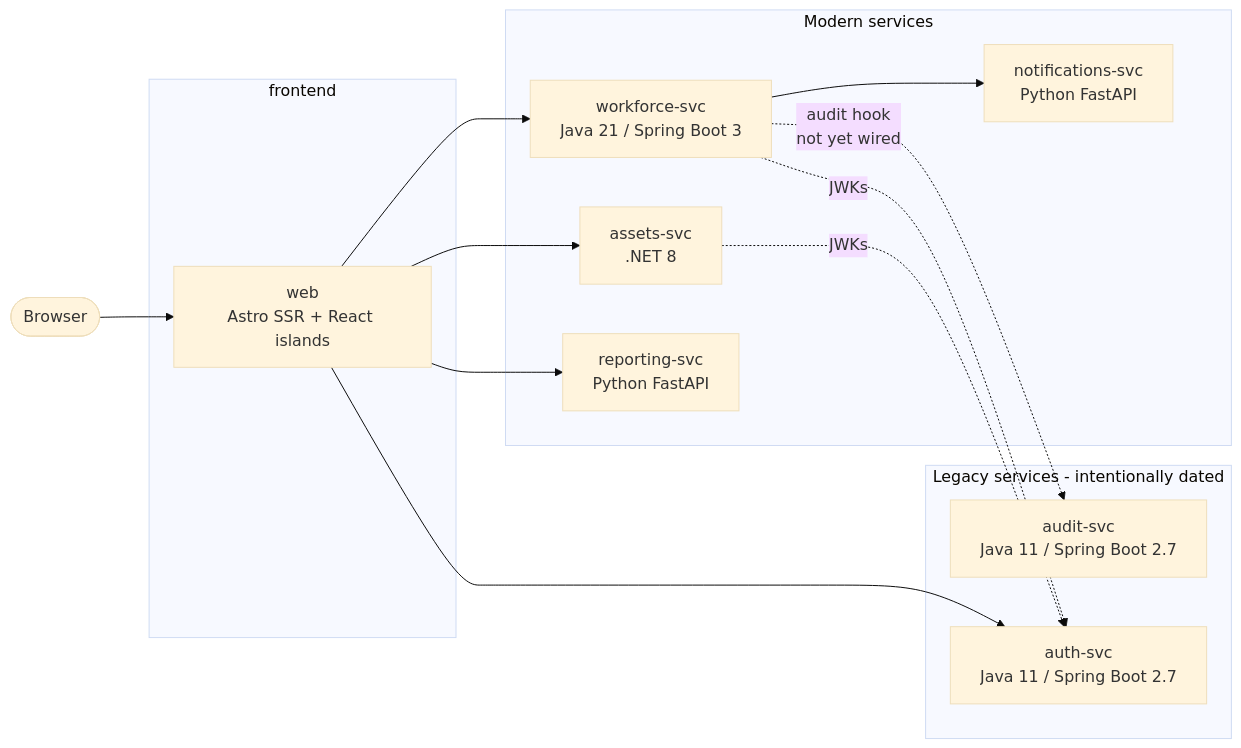
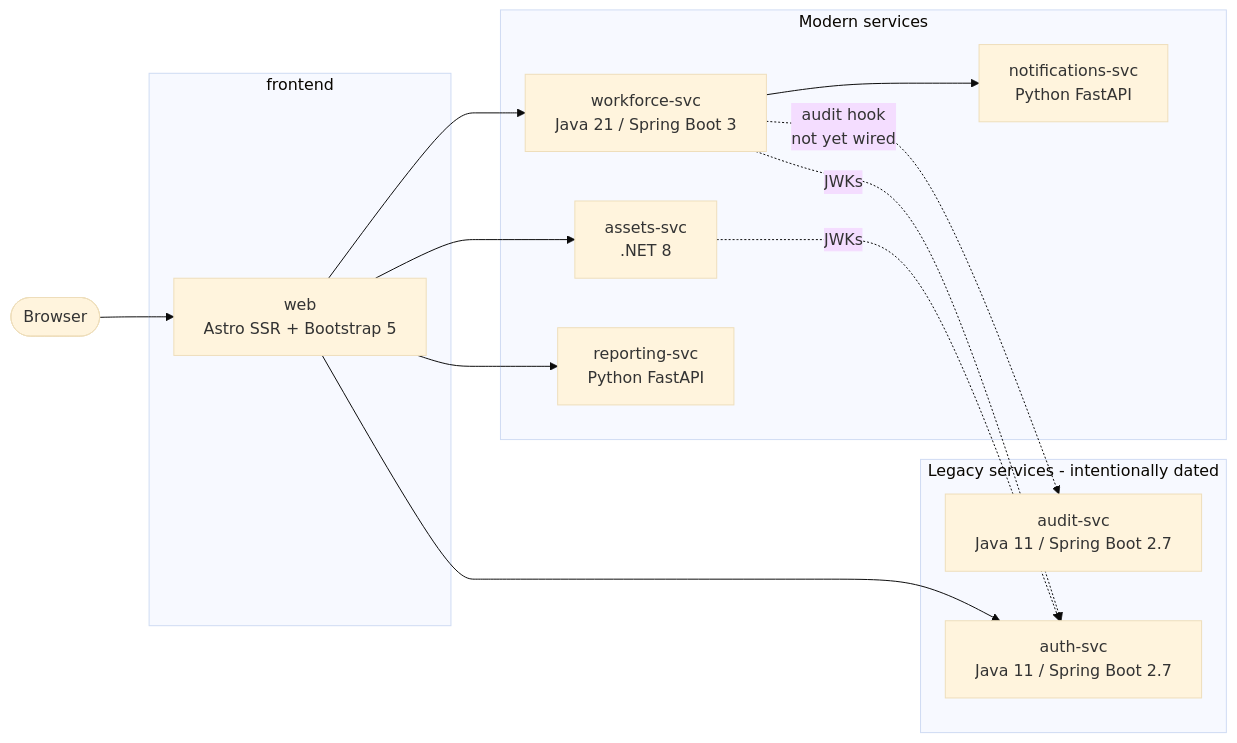
Before and after one commit to GeekTrainer/legacy-app: the diagram in README.md, drawn with Mermaid (base theme). The commit also changed other lines of this file and 1 other file, not shown here.

Commit message:
01-solution-Add ARCHITECTURE.md to document service architecture and filled in gaps in README

````diff
--- a/README.md
+++ b/README.md
@@ -7,29 +7,29 @@
 ```mermaid
 flowchart LR
     browser([Browser]) --> web
 
     subgraph frontend
-      web[web<br/>Astro SSR + React islands]
+      web[web<br/>Astro SSR + Bootstrap 5]
     end
 
     subgraph modern[Modern services]
       assets[assets-svc<br/>.NET 8]
       workforce[workforce-svc<br/>Java 21 / Spring Boot 3]
       reporting[reporting-svc<br/>Python FastAPI]
       notifications[notifications-svc<br/>Python FastAPI]
     end
 
     subgraph legacy[Legacy services - intentionally dated]
       audit[audit-svc<br/>Java 11 / Spring Boot 2.7]
       auth[auth-svc<br/>Java 11 / Spring Boot 2.7]
     end
 
     web --> assets
     web --> workforce
     web --> reporting
     web --> auth
     workforce -.audit hook<br/>not yet wired.-> audit
     workforce --> notifications
     assets -.JWKs.-> auth
     workforce -.JWKs.-> auth
 ```
````
